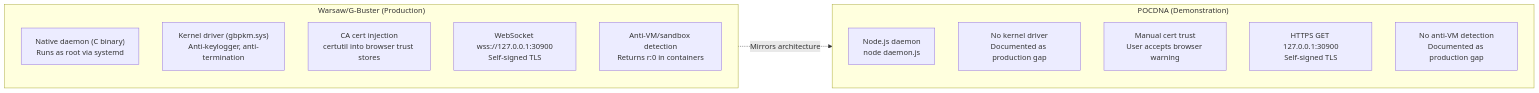
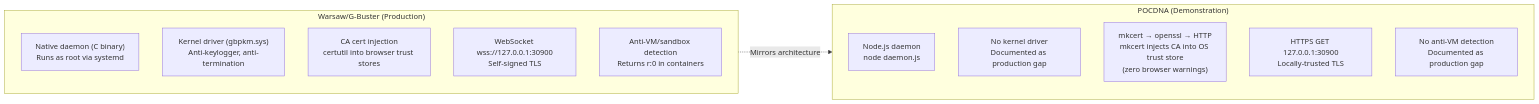
The fourth of 5 diagrams in README.md (andermoreira/dna), drawn with Mermaid before and after one commit. The commit also changed other lines of this file and 2 other files, not shown here.

First line of the commit message:
feat(daemon): add mkcert support for locally-trusted TLS certificates

````diff
--- a/README.md
+++ b/README.md
@@ -141,22 +141,22 @@
 ```mermaid
 flowchart LR
     subgraph Warsaw["Warsaw/G-Buster (Production)"]
         direction TB
         W1["Native daemon (C binary)\nRuns as root via systemd"]
         W2["Kernel driver (gbpkm.sys)\nAnti-keylogger, anti-termination"]
         W3["CA cert injection\ncertutil into browser trust stores"]
         W4["WebSocket wss://127.0.0.1:30900\nSelf-signed TLS"]
         W5["Anti-VM/sandbox detection\nReturns r:0 in containers"]
     end
 
     subgraph POCDNA["POCDNA (Demonstration)"]
         direction TB
         P1["Node.js daemon\nnode daemon.js"]
         P2["No kernel driver\nDocumented as production gap"]
-        P3["Manual cert trust\nUser accepts browser warning"]
-        P4["HTTPS GET 127.0.0.1:30900\nSelf-signed TLS"]
+        P3["mkcert → openssl → HTTP\nmkcert injects CA into OS trust store\n(zero browser warnings)"]
+        P4["HTTPS GET 127.0.0.1:30900\nLocally-trusted TLS"]
         P5["No anti-VM detection\nDocumented as production gap"]
     end
 
     Warsaw -. "Mirrors architecture" .-> POCDNA
 ```
````
